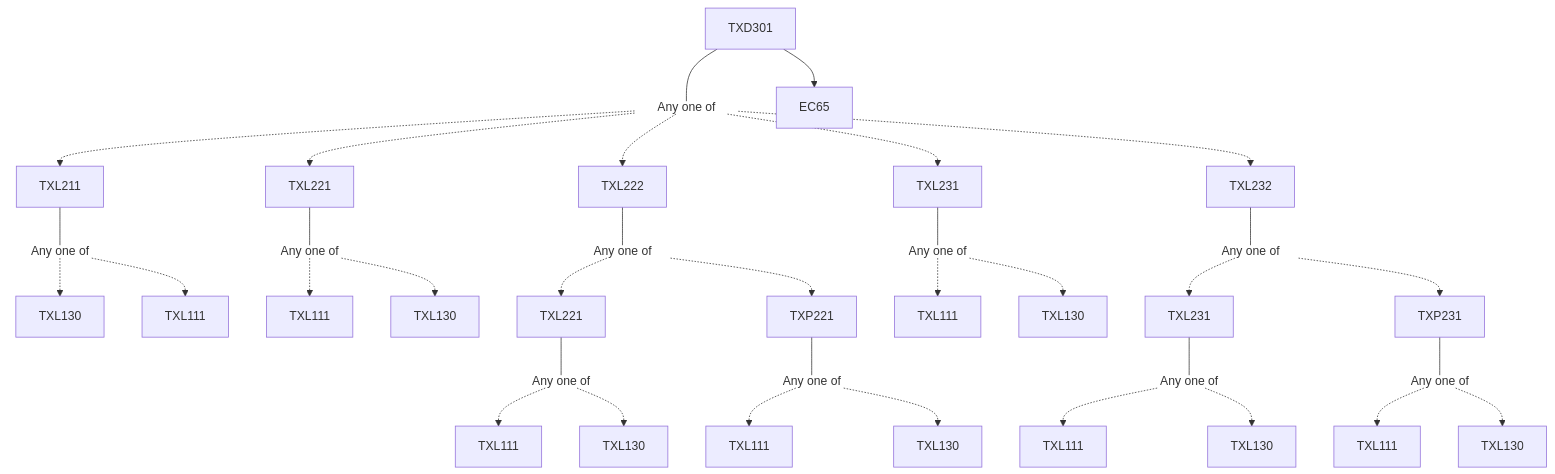
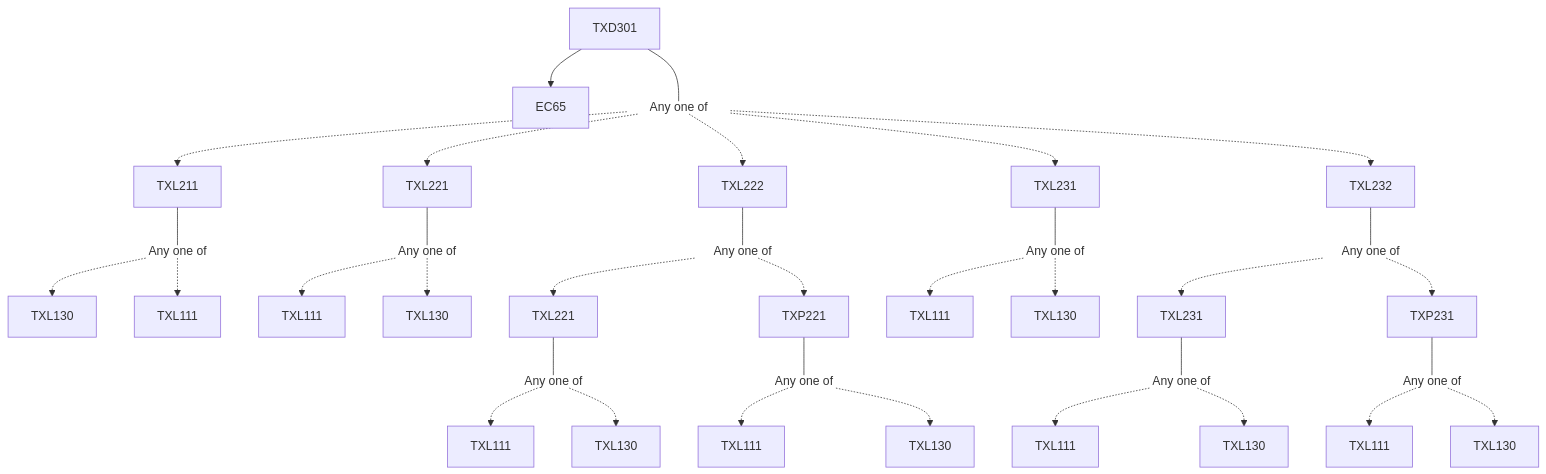
The diagram in content/Textile and Fibre Engineering/TXD301.md (KeshavBansal0122/CoS_Website), drawn with Mermaid before and after one commit. The commit also changed other lines of this file and 2667 other files, not shown here.

````diff
--- a/content/Textile and Fibre Engineering/TXD301.md
+++ b/content/Textile and Fibre Engineering/TXD301.md
@@ -15,41 +13,41 @@
 ```mermaid
 flowchart TD
-TXD301-340[TXD301]
-TXD301-340 --- Or341[Any one of]:::empty
-Or341 -.-> TXL211-342[TXL211]
-TXL211-342 --- Or343[Any one of]:::empty
-Or343 -.-> TXL130-344[TXL130]
-Or343 -.-> TXL111-345[TXL111]
-TXL221-346 --- Or347[Any one of]:::empty
-Or347 -.-> TXL111-348[TXL111]
-Or347 -.-> TXL130-349[TXL130]
-Or341 -.-> TXL221-346[TXL221]
-Or341 -.-> TXL222-350[TXL222]
-TXL222-350 --- Or351[Any one of]:::empty
-Or351 -.-> TXL221-352[TXL221]
-TXL221-352 --- Or353[Any one of]:::empty
-Or353 -.-> TXL111-354[TXL111]
-Or353 -.-> TXL130-355[TXL130]
-Or351 -.-> TXP221-356[TXP221]
-TXP221-356 --- Or357[Any one of]:::empty
-Or357 -.-> TXL111-358[TXL111]
-Or357 -.-> TXL130-359[TXL130]
-TXL231-360 --- Or361[Any one of]:::empty
-Or361 -.-> TXL111-362[TXL111]
-Or361 -.-> TXL130-363[TXL130]
-Or341 -.-> TXL231-360[TXL231]
-TXL232-364 --- Or365[Any one of]:::empty
-Or365 -.-> TXL231-366[TXL231]
-TXL231-366 --- Or367[Any one of]:::empty
-Or367 -.-> TXL111-368[TXL111]
-Or367 -.-> TXL130-369[TXL130]
-TXP231-370 --- Or371[Any one of]:::empty
-Or371 -.-> TXL111-372[TXL111]
-Or371 -.-> TXL130-373[TXL130]
-Or365 -.-> TXP231-370[TXP231]
-Or341 -.-> TXL232-364[TXL232]
-TXD301-340 --> EC65-340[EC65]
+TXD301-1562[TXD301]
+TXD301-1562 --> EC65-1562[EC65]
+TXD301-1562 --- Or1563[Any one of]:::empty
+Or1563 -.-> TXL211-1564[TXL211]
+TXL211-1564 --- Or1565[Any one of]:::empty
+Or1565 -.-> TXL130-1566[TXL130]
+Or1565 -.-> TXL111-1567[TXL111]
+Or1563 -.-> TXL221-1568[TXL221]
+TXL221-1568 --- Or1569[Any one of]:::empty
+Or1569 -.-> TXL111-1570[TXL111]
+Or1569 -.-> TXL130-1571[TXL130]
+TXL222-1572 --- Or1573[Any one of]:::empty
+Or1573 -.-> TXL221-1574[TXL221]
+TXL221-1574 --- Or1575[Any one of]:::empty
+Or1575 -.-> TXL111-1576[TXL111]
+Or1575 -.-> TXL130-1577[TXL130]
+TXP221-1578 --- Or1579[Any one of]:::empty
+Or1579 -.-> TXL111-1580[TXL111]
+Or1579 -.-> TXL130-1581[TXL130]
+Or1573 -.-> TXP221-1578[TXP221]
+Or1563 -.-> TXL222-1572[TXL222]
+Or1563 -.-> TXL231-1582[TXL231]
+TXL231-1582 --- Or1583[Any one of]:::empty
+Or1583 -.-> TXL111-1584[TXL111]
+Or1583 -.-> TXL130-1585[TXL130]
+Or1563 -.-> TXL232-1586[TXL232]
+TXL232-1586 --- Or1587[Any one of]:::empty
+Or1587 -.-> TXL231-1588[TXL231]
+TXL231-1588 --- Or1589[Any one of]:::empty
+Or1589 -.-> TXL111-1590[TXL111]
+Or1589 -.-> TXL130-1591[TXL130]
+TXP231-1592 --- Or1593[Any one of]:::empty
+Or1593 -.-> TXL111-1594[TXL111]
+Or1593 -.-> TXL130-1595[TXL130]
+Or1587 -.-> TXP231-1592[TXP231]
 
 classDef empty height:17px, fill:transparent, stroke:transparent;
 classDef trueEmpty height:0px, width:0px;
 ```
````
